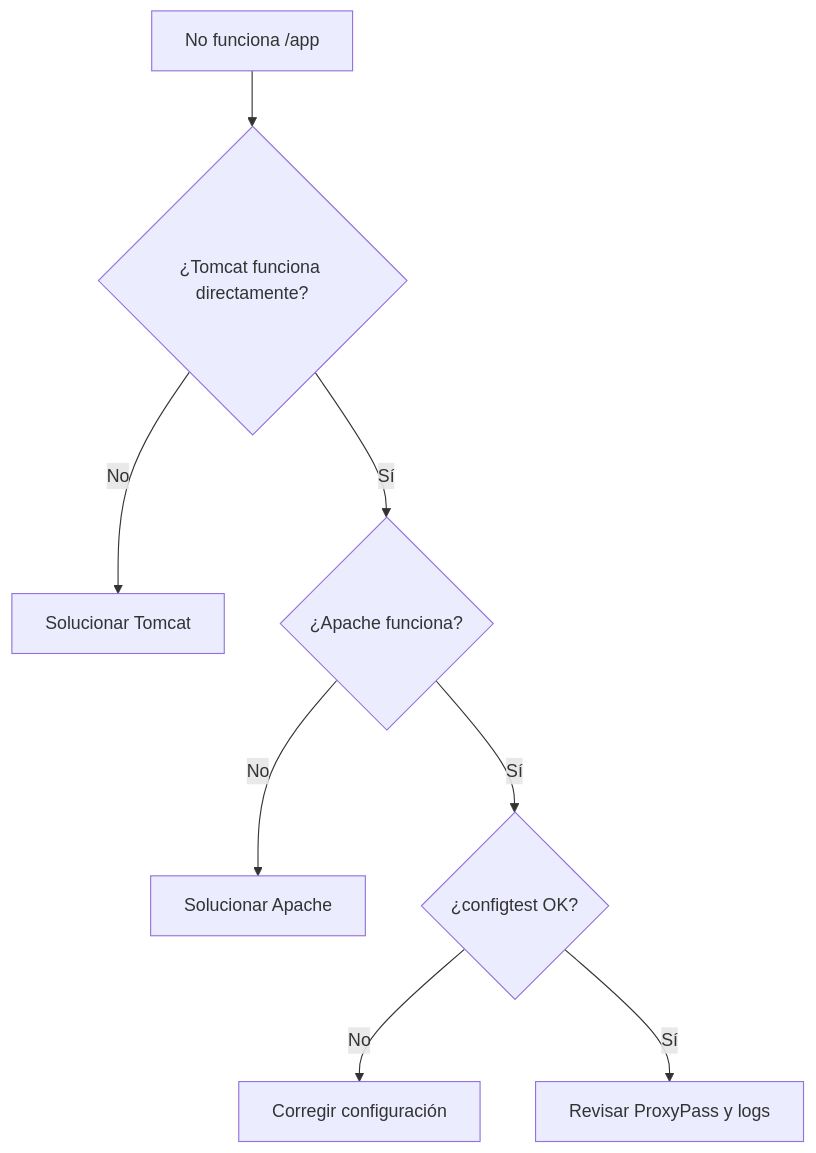
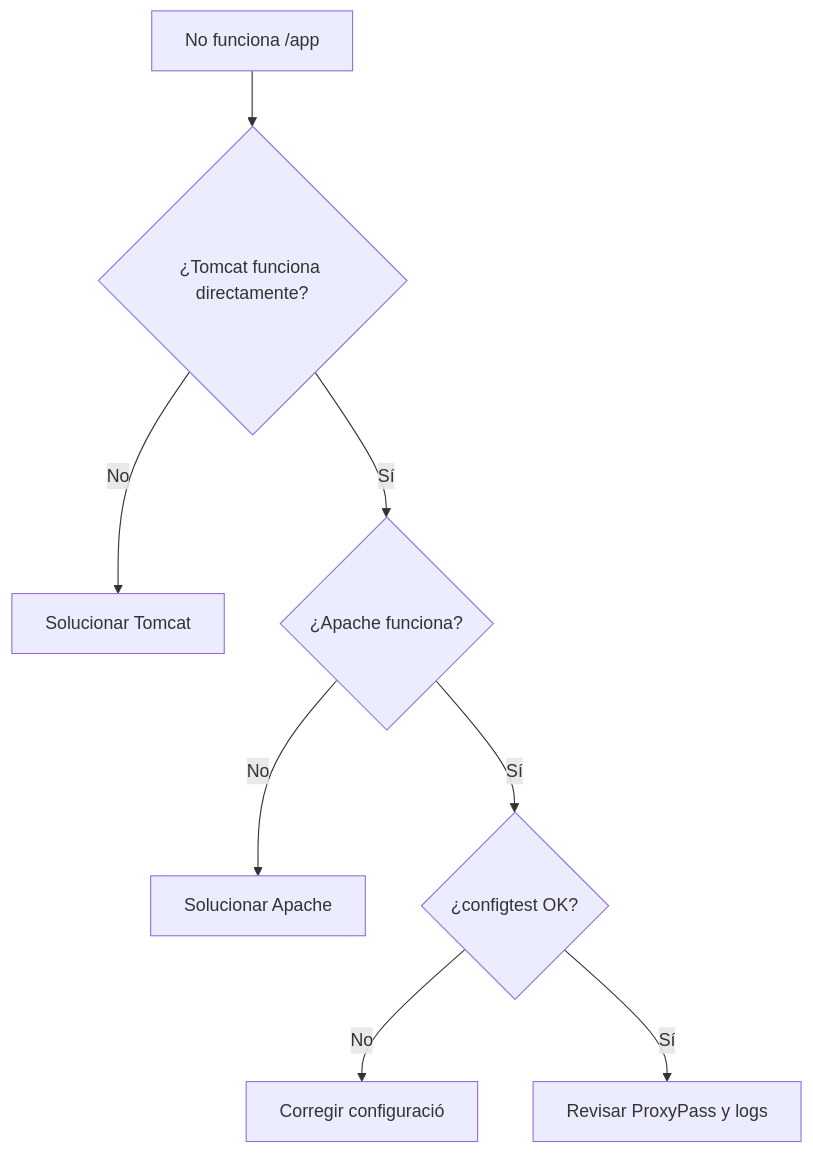
Before and after one commit to jordicido/jordicina: the eighth of 8 diagrams in docs/daw-daw/up3/03-cooperacion-apache-tomcat.md, drawn with Mermaid. The commit also changed other lines of this file and 10 other files, not shown here.

````diff
--- a/docs/daw-daw/up3/03-cooperacion-apache-tomcat.md
+++ b/docs/daw-daw/up3/03-cooperacion-apache-tomcat.md
@@ -409,10 +409,10 @@
 ```mermaid
 flowchart TD
     A["No funciona /app"] --> B{"¿Tomcat funciona directamente?"}
     B -->|No| C["Solucionar Tomcat"]
     B -->|Sí| D{"¿Apache funciona?"}
     D -->|No| E["Solucionar Apache"]
     D -->|Sí| F{"¿configtest OK?"}
-    F -->|No| G["Corregir configuración"]
+    F -->|No| G["Corregir configuració"]
     F -->|Sí| H["Revisar ProxyPass y logs"]
 ```
````
